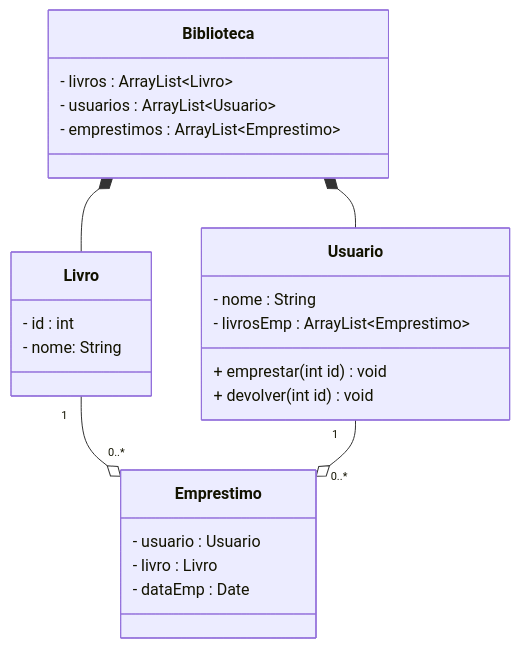
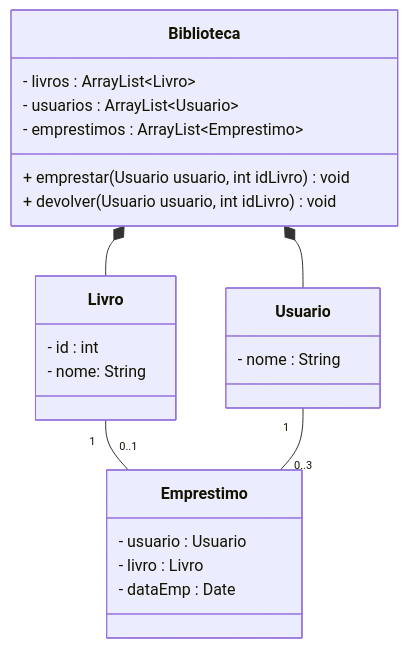
One commit to feliperezn/IFSC-ADS-POO-2026-2 changed the diagram in Laboratorios/lab-03/Readme.md. Above: the diagram before and after it, drawn with Mermaid. The commit also changed 9 other files, not shown here.

````diff
--- a/Laboratorios/lab-03/Readme.md
+++ b/Laboratorios/lab-03/Readme.md
@@ -1,33 +1,32 @@
 ```mermaid
 classDiagram
     direction BT
 
 class Biblioteca {
     - livros : ArrayList~Livro~
     - usuarios : ArrayList~Usuario~
     - emprestimos : ArrayList~Emprestimo~
+    + emprestar(Usuario usuario, int idLivro) void
+    + devolver(Usuario usuario, int idLivro) void
 }
 
 class Livro{
     - id : int
     - nome: String
 }
 
 class Emprestimo {
     - usuario : Usuario
     - livro : Livro
     - dataEmp : Date
 }
 
 class Usuario {
     - nome : String
-    - livrosEmp : ArrayList~Emprestimo~
-    + emprestar(int id) void
-    + devolver(int id) void
 }
 
 Livro --* Biblioteca
 Usuario --* Biblioteca
-Emprestimo "0..*" o-- "1" Livro
-Emprestimo "0..*" o-- "1" Usuario
+Emprestimo "0..1" -- "1" Livro
+Emprestimo "0..3" -- "1" Usuario
 ```
````
